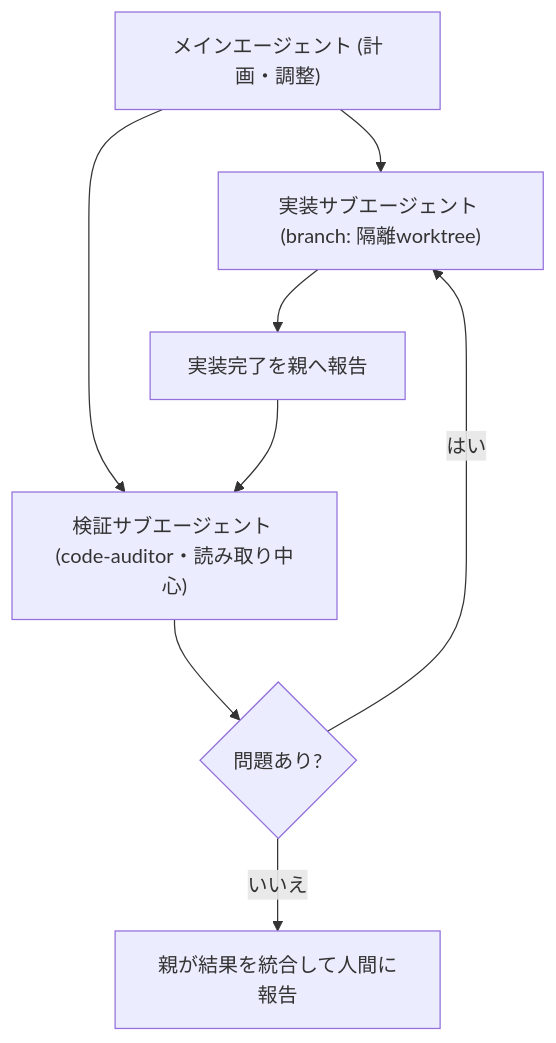
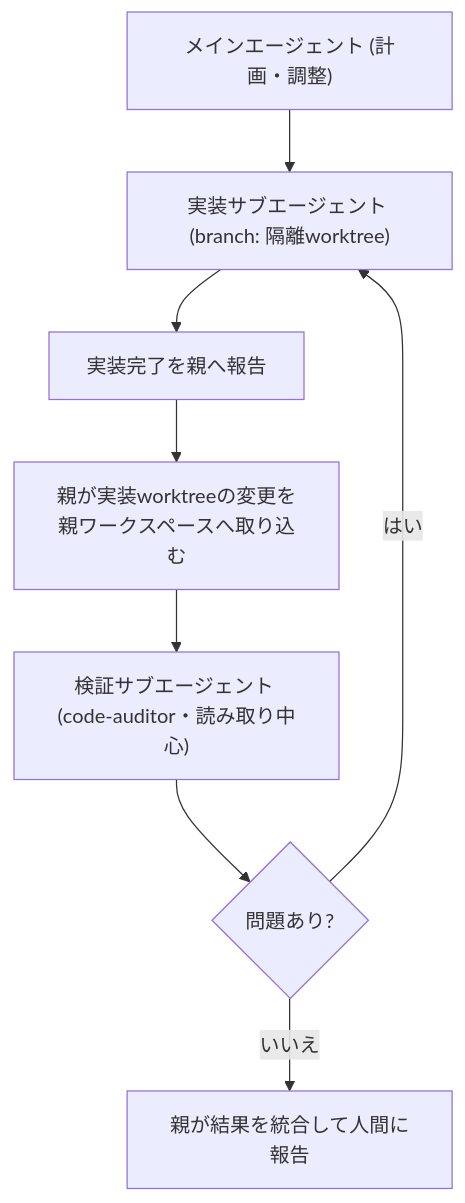
The seventh of 11 diagrams in Google-antigravity-best-practices-guide.md (myoshi2891/Comparison-of-LLMs), drawn with Mermaid before and after one commit. The commit also changed other lines of this file, not shown here.

````diff
--- a/Google-antigravity-best-practices-guide.md
+++ b/Google-antigravity-best-practices-guide.md
@@ -689,10 +687,10 @@
 ```mermaid
 flowchart TB
   A["メインエージェント (計画・調整)"] --> B["実装サブエージェント (branch: 隔離worktree)"]
-  A --> C["検証サブエージェント (code-auditor・読み取り中心)"]
   B --> D["実装完了を親へ報告"]
-  D --> C
+  D --> G["親が実装worktreeの変更を親ワークスペースへ取り込む"]
+  G --> C["検証サブエージェント (code-auditor・読み取り中心)"]
   C --> E{"問題あり?"}
   E -- "はい" --> B
   E -- "いいえ" --> F["親が結果を統合して人間に報告"]
 ```
````
